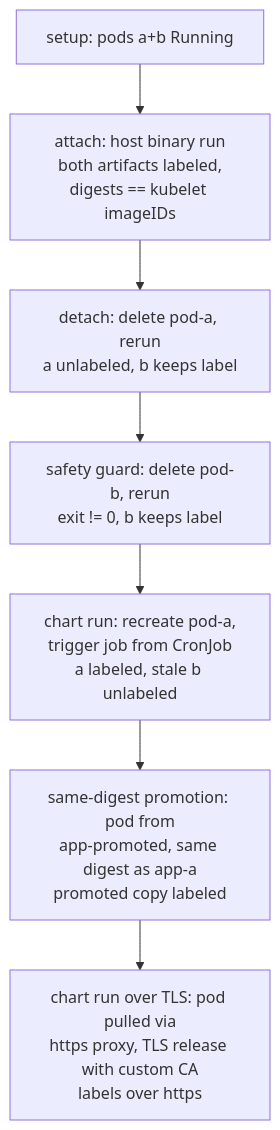
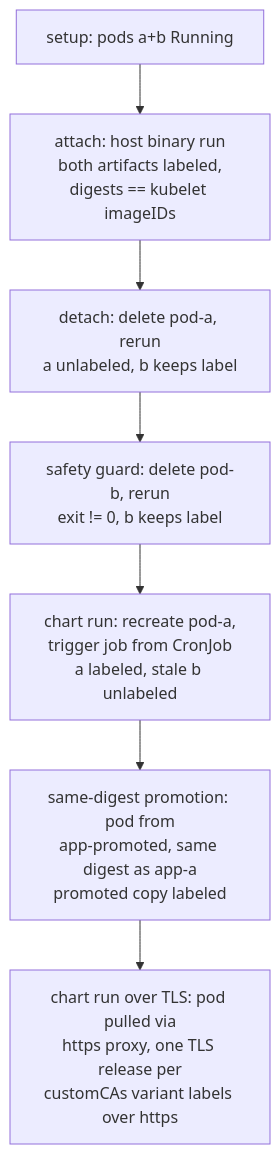
One commit to fosskar/harbor-labeler changed the second of 2 diagrams in e2e/README.md. Above: the diagram before and after it, drawn with Mermaid. The commit also changed other lines of this file and 3 other files, not shown here.

First line of the commit message:
e2e: exercise all three customCAs source variants over TLS

````diff
--- a/e2e/README.md
+++ b/e2e/README.md
@@ -61,9 +61,9 @@
 ```mermaid
 flowchart TD
   S[setup: pods a+b Running] --> A[attach: host binary run<br/>both artifacts labeled,<br/>digests == kubelet imageIDs]
   A --> D[detach: delete pod-a, rerun<br/>a unlabeled, b keeps label]
   D --> G[safety guard: delete pod-b, rerun<br/>exit != 0, b keeps label]
   G --> CH[chart run: recreate pod-a,<br/>trigger job from CronJob<br/>a labeled, stale b unlabeled]
   CH --> P[same-digest promotion: pod from<br/>app-promoted, same digest as app-a<br/>promoted copy labeled]
-  P --> TL[chart run over TLS: pod pulled via<br/>https proxy, TLS release with custom CA<br/>labels over https]
+  P --> TL[chart run over TLS: pod pulled via<br/>https proxy, one TLS release per<br/>customCAs variant labels over https]
 ```
````
